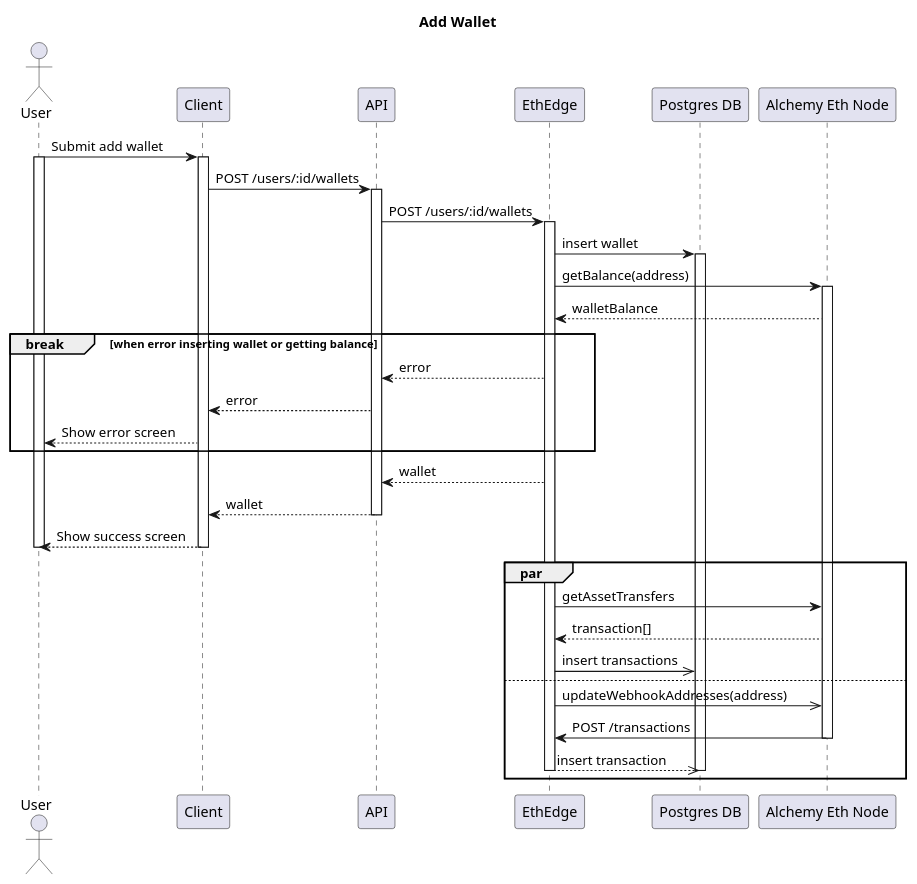
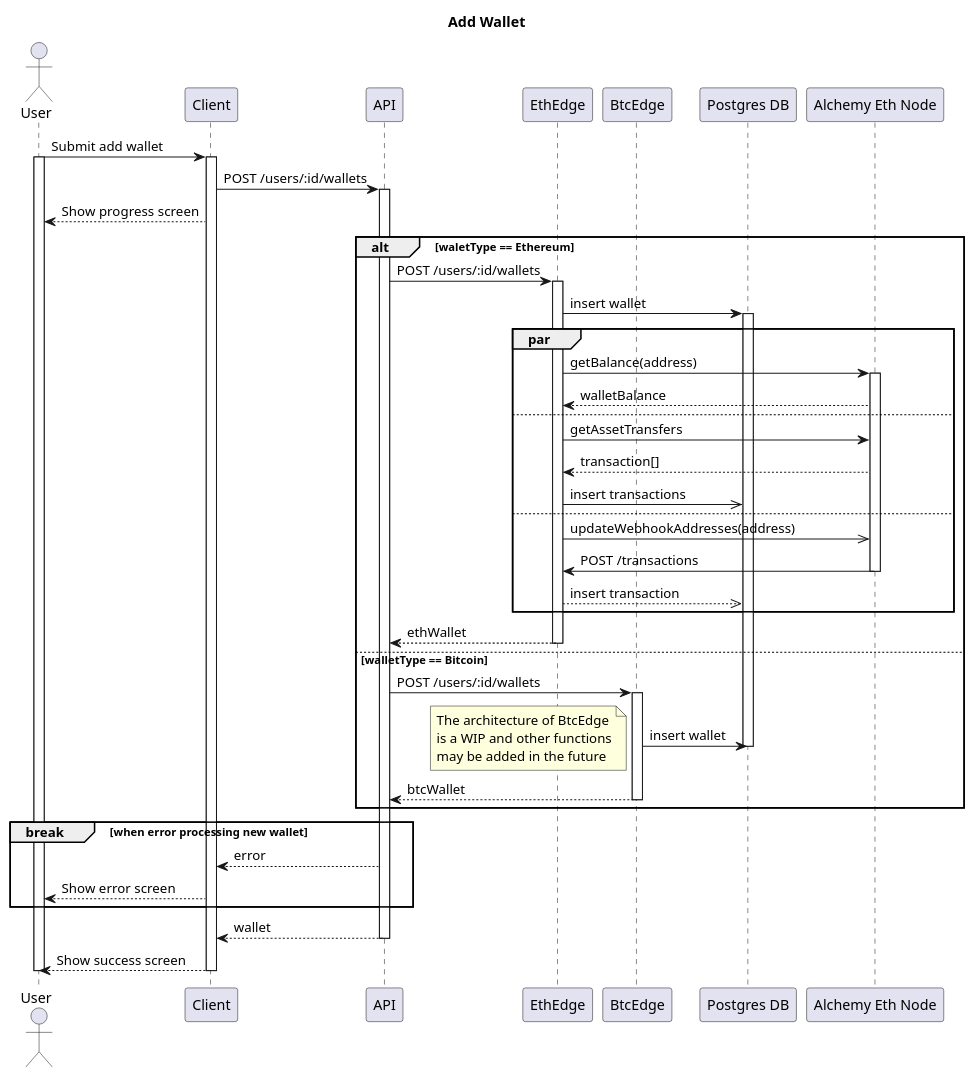
Before and after one commit to SOEN-490-Capstone/Cryptify: the diagram in packages/diagrams/sequence_add_wallet.puml, drawn with PlantUML. The commit also changed 3 other files, not shown here.

First line of the commit message:
CRYP-27: sequence diagram for view wallets and update add wallets (#37)

```diff
--- a/packages/diagrams/sequence_add_wallet.puml
+++ b/packages/diagrams/sequence_add_wallet.puml
@@ -1,50 +1,64 @@
 @startuml
+
 title Add Wallet
 
 actor User
 participant Client
 participant API
 participant EthEdge
+participant BtcEdge
 participant "Postgres DB"
 participant "Alchemy Eth Node"
 
 User -> Client: Submit add wallet
 activate User
 activate Client
 Client -> API: POST /users/:id/wallets
 activate API
-API -> EthEdge: POST /users/:id/wallets
-activate EthEdge
-EthEdge -> "Postgres DB": insert wallet
-activate "Postgres DB"
+Client --> User: Show progress screen
+alt waletType == Ethereum
+    API -> EthEdge: POST /users/:id/wallets
+    activate EthEdge
+    EthEdge -> "Postgres DB": insert wallet
+    activate "Postgres DB"
 
-EthEdge -> "Alchemy Eth Node": getBalance(address)
-activate "Alchemy Eth Node"
-"Alchemy Eth Node" --> EthEdge: walletBalance
+    par
+        EthEdge -> "Alchemy Eth Node": getBalance(address)
+        activate "Alchemy Eth Node"
+        "Alchemy Eth Node" --> EthEdge: walletBalance
+    else
+        EthEdge -> "Alchemy Eth Node": getAssetTransfers
+        "Alchemy Eth Node" --> EthEdge: transaction[]
+        EthEdge ->> "Postgres DB": insert transactions
+    else
+        EthEdge ->> "Alchemy Eth Node": updateWebhookAddresses(address)
+        "Alchemy Eth Node" -> EthEdge: POST /transactions
+        deactivate "Alchemy Eth Node"
+        EthEdge -->> "Postgres DB": insert transaction
+    end
 
-break when error inserting wallet or getting balance
-    EthEdge --> API: error
+    EthEdge --> API: ethWallet
+    deactivate EthEdge
+else walletType == Bitcoin
+    API -> BtcEdge: POST /users/:id/wallets
+    activate BtcEdge
+    BtcEdge -> "Postgres DB": insert wallet
+    deactivate "Postgres DB"
+    note left: The architecture of BtcEdge\nis a WIP and other functions\nmay be added in the future
+
+    BtcEdge --> API: btcWallet
+    deactivate BtcEdge
+end
+
+break when error processing new wallet
     API --> Client: error
     Client --> User: Show error screen
 end
 
-EthEdge --> API: wallet
 API --> Client: wallet
 deactivate API
 Client --> User: Show success screen
 deactivate Client
 deactivate User
 
-par
-    EthEdge -> "Alchemy Eth Node": getAssetTransfers
-    "Alchemy Eth Node" --> EthEdge: transaction[]
-    EthEdge ->> "Postgres DB": insert transactions
-else
-    EthEdge ->> "Alchemy Eth Node": updateWebhookAddresses(address)
-    "Alchemy Eth Node" -> EthEdge: POST /transactions
-    deactivate "Alchemy Eth Node"
-    EthEdge -->> "Postgres DB": insert transaction
-    deactivate "Postgres DB"
-    deactivate EthEdge
-end
 @enduml
```
